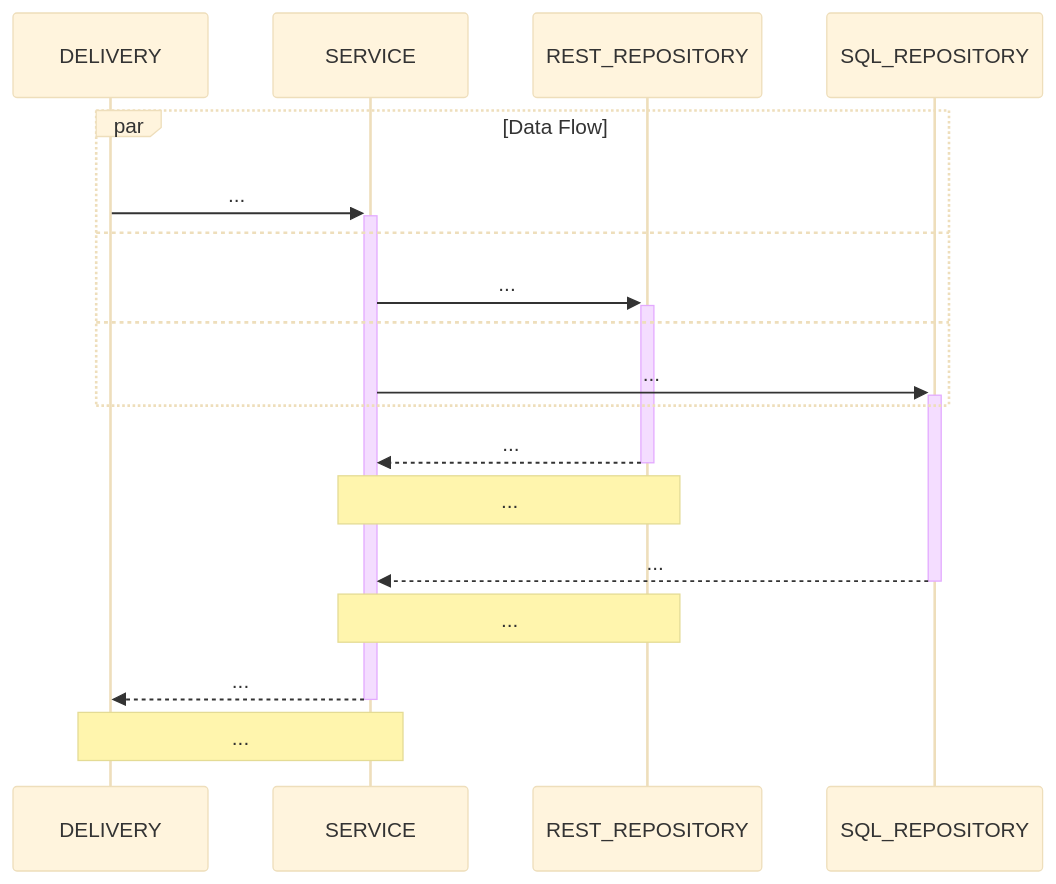
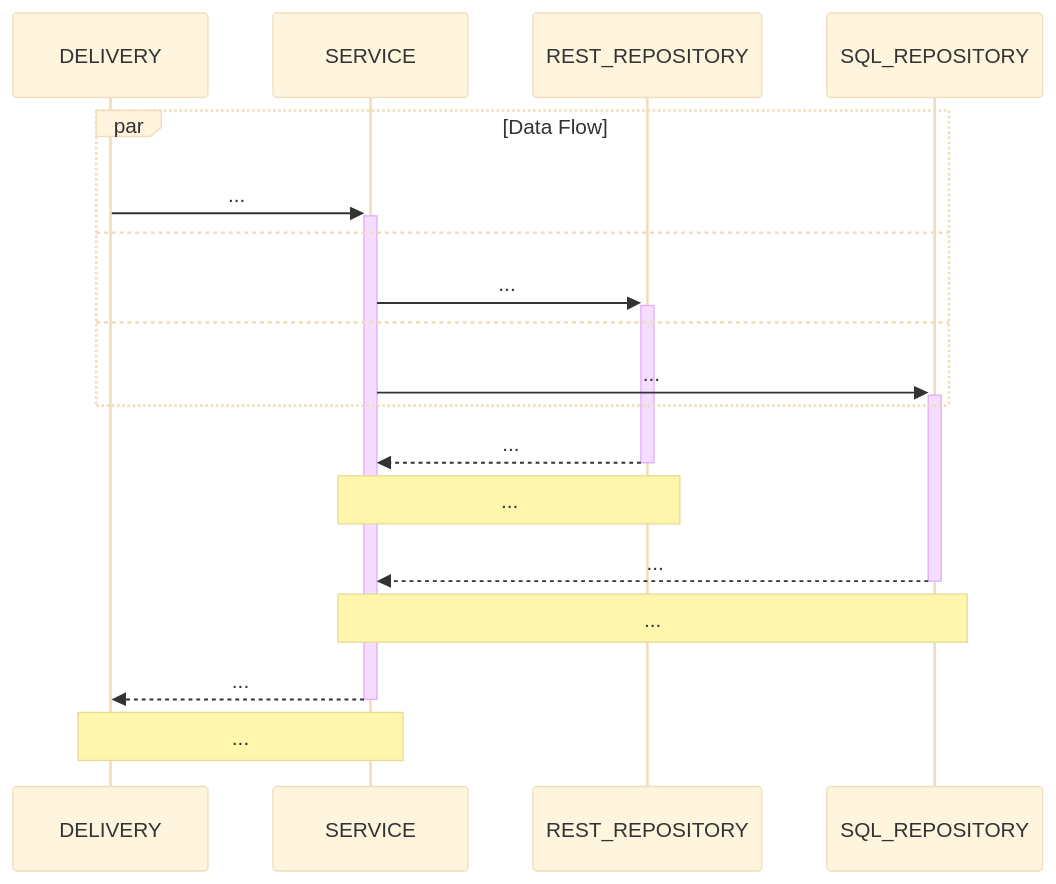
One commit to aasumitro/pokewar changed the second of 2 diagrams in README.md. Above: the diagram before and after it, drawn with Mermaid (base theme). The commit also changed other lines of this file and 43 other files, not shown here.

````diff
--- a/README.md
+++ b/README.md
@@ -71,24 +102,24 @@
 ```mermaid
    sequenceDiagram
         participant DELIVERY
         participant SERVICE
         participant REST_REPOSITORY
         participant SQL_REPOSITORY
         par Data Flow
             DELIVERY->>+SERVICE: ...
         and
             SERVICE->>+REST_REPOSITORY: ...
         and
             SERVICE->>+SQL_REPOSITORY: ...
         end 
    
      
         REST_REPOSITORY-->>-SERVICE: ...
         Note over REST_REPOSITORY,SERVICE: ...
    
         SQL_REPOSITORY-->>-SERVICE: ...
-        Note over REST_REPOSITORY,SERVICE: ...
+        Note over SQL_REPOSITORY,SERVICE: ...
         
         SERVICE-->>-DELIVERY: ...
         Note over SERVICE,DELIVERY: ...     
    ```
````
